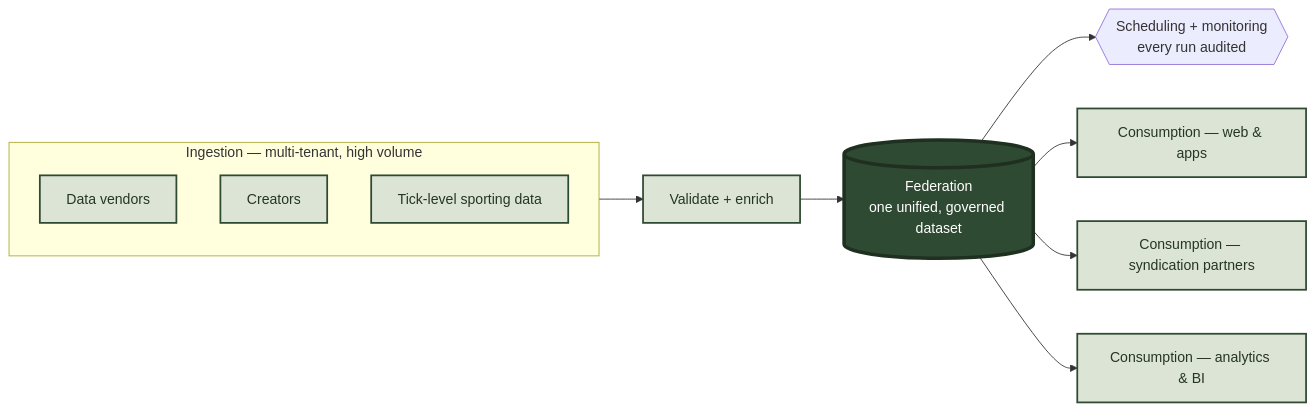
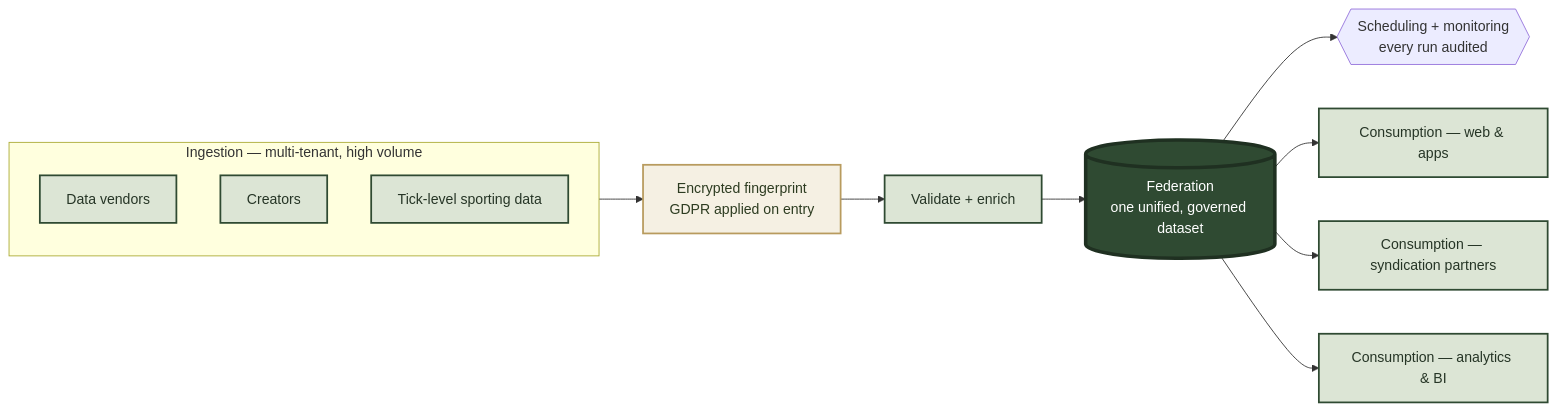
The second of 2 diagrams in profile/README.md (sportgramme/.github), drawn with Mermaid before and after one commit. The commit also changed other lines of this file, not shown here.

First line of the commit message:
Add GDPR-at-ingestion to the pipeline overview

````diff
--- a/profile/README.md
+++ b/profile/README.md
@@ -53,18 +60,20 @@
 ```mermaid
 flowchart LR
     subgraph Ingestion["Ingestion — multi-tenant, high volume"]
         direction TB
         I1["Data vendors"]
         I2["Creators"]
         I3["Tick-level sporting data"]
     end
-    Ingestion --> V["Validate + enrich"]
+    Ingestion --> G["Encrypted fingerprint<br/>GDPR applied on entry"]
+    G --> V["Validate + enrich"]
     V --> F[("Federation<br/>one unified, governed dataset")]
     F --> M{{"Scheduling + monitoring<br/>every run audited"}}
     F --> C1["Consumption — web & apps"]
     F --> C2["Consumption — syndication partners"]
     F --> C3["Consumption — analytics & BI"]
     classDef n fill:#DCE5D5,stroke:#2F4A32,color:#263526,stroke-width:2px;
     classDef c fill:#2F4A32,stroke:#1F3021,color:#FFFFFF,stroke-width:4px;
-    class I1,I2,I3,V,C1,C2,C3 n; class F c;
+    classDef g fill:#F5F0E3,stroke:#B89B5E,color:#2D3C21,stroke-width:2px;
+    class I1,I2,I3,V,C1,C2,C3 n; class F c; class G g;
 ```
````
